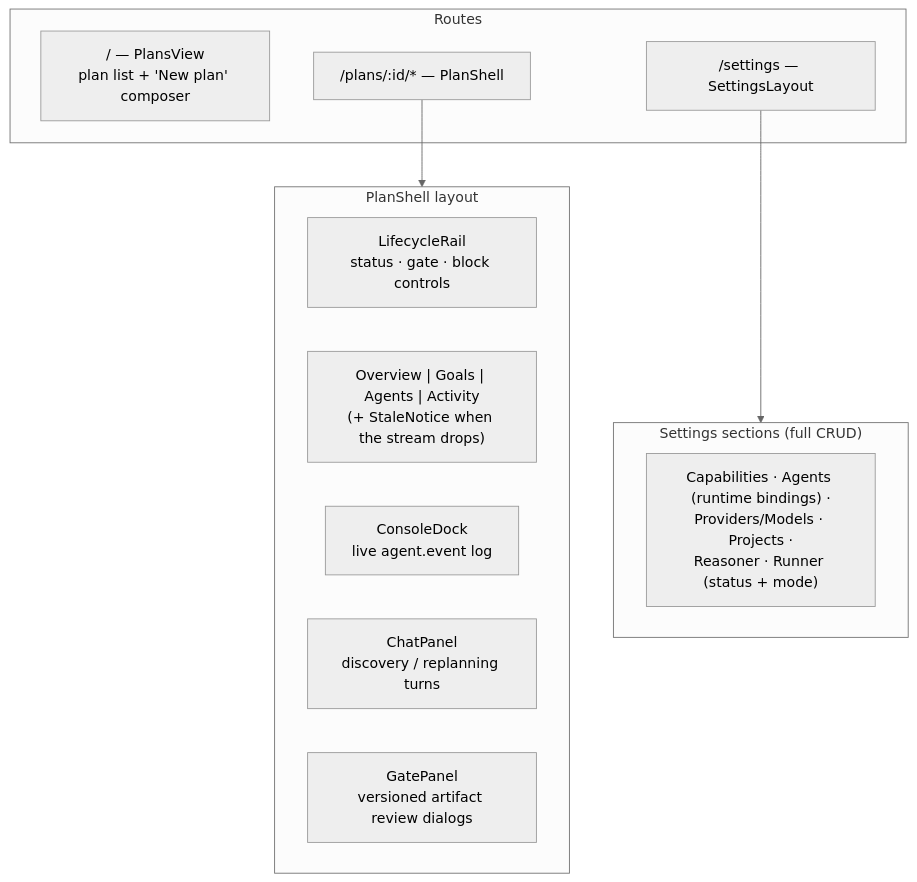
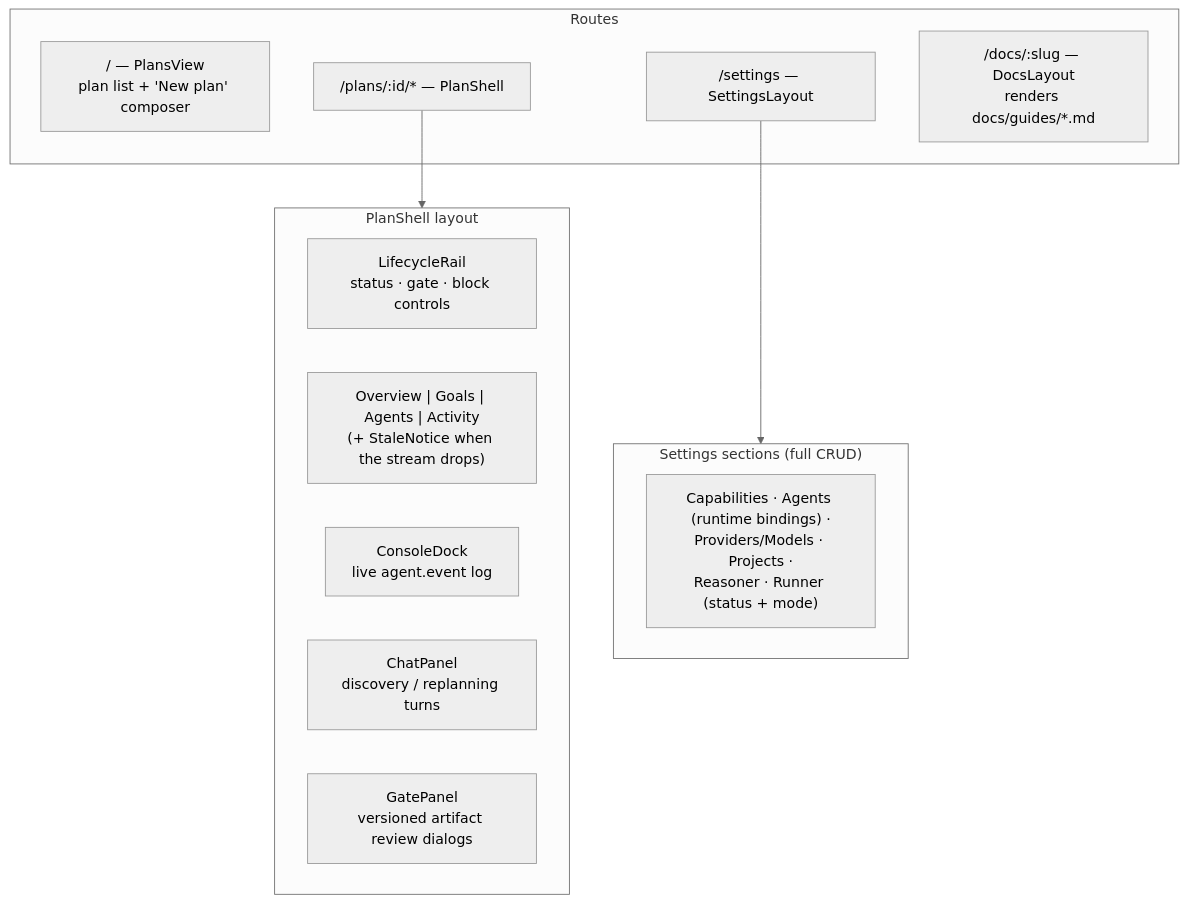
Before and after one commit to guilhermeUpToTask/agent-orchestrator-prototype: the first of 2 diagrams in docs/architecture/frontend.md, drawn with Mermaid (neutral theme). The commit also changed other lines of this file and 21 other files, not shown here.

````diff
--- a/docs/architecture/frontend.md
+++ b/docs/architecture/frontend.md
@@ -11,23 +11,24 @@
 ```mermaid
 flowchart TB
     subgraph routes["Routes"]
         plans["/ — PlansView<br/>plan list + 'New plan' composer"]
         shell["/plans/:id/* — PlanShell"]
         settings["/settings — SettingsLayout"]
+        docs["/docs/:slug — DocsLayout<br/>renders docs/guides/*.md"]
     end
 
     subgraph shellparts["PlanShell layout"]
         rail["LifecycleRail<br/>status · gate · block controls"]
         view["Overview | Goals | Agents | Activity<br/>(+ StaleNotice when the stream drops)"]
         dock["ConsoleDock<br/>live agent.event log"]
         chat["ChatPanel<br/>discovery / replanning turns"]
         gate["GatePanel<br/>versioned artifact review dialogs"]
     end
 
     subgraph settingsparts["Settings sections (full CRUD)"]
         s1["Capabilities · Agents (runtime bindings) ·<br/>Providers/Models · Projects ·<br/>Reasoner · Runner (status + mode)"]
     end
 
     shell --> shellparts
     settings --> settingsparts
 ```
````
